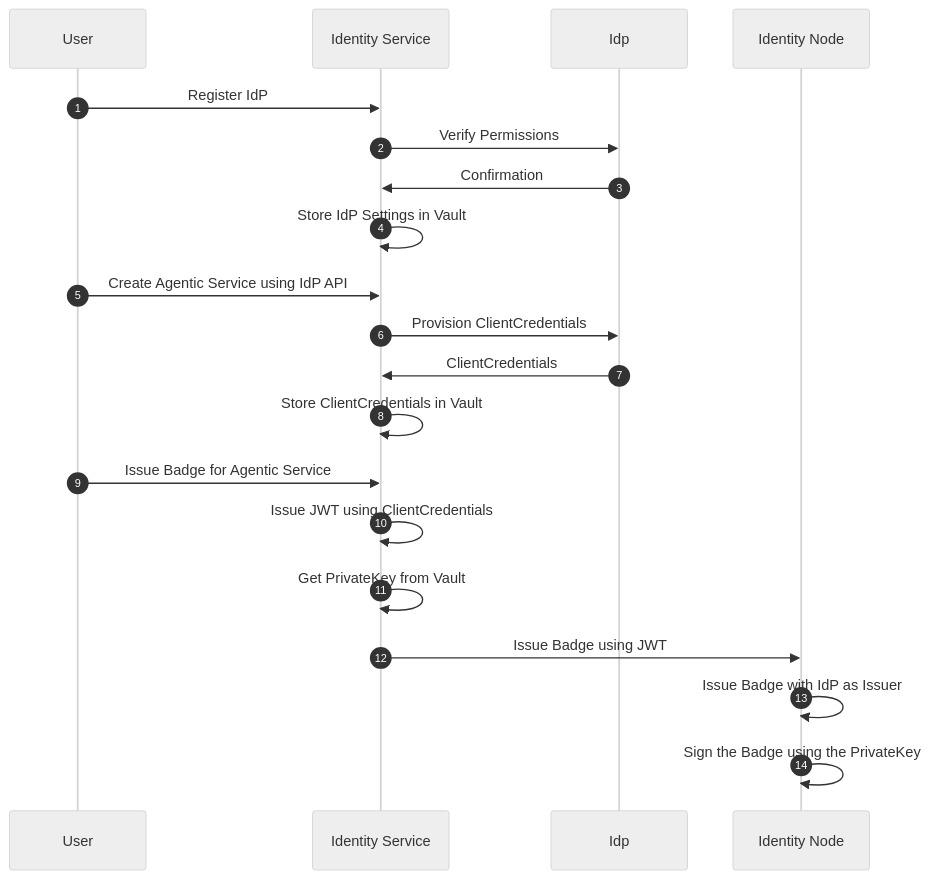
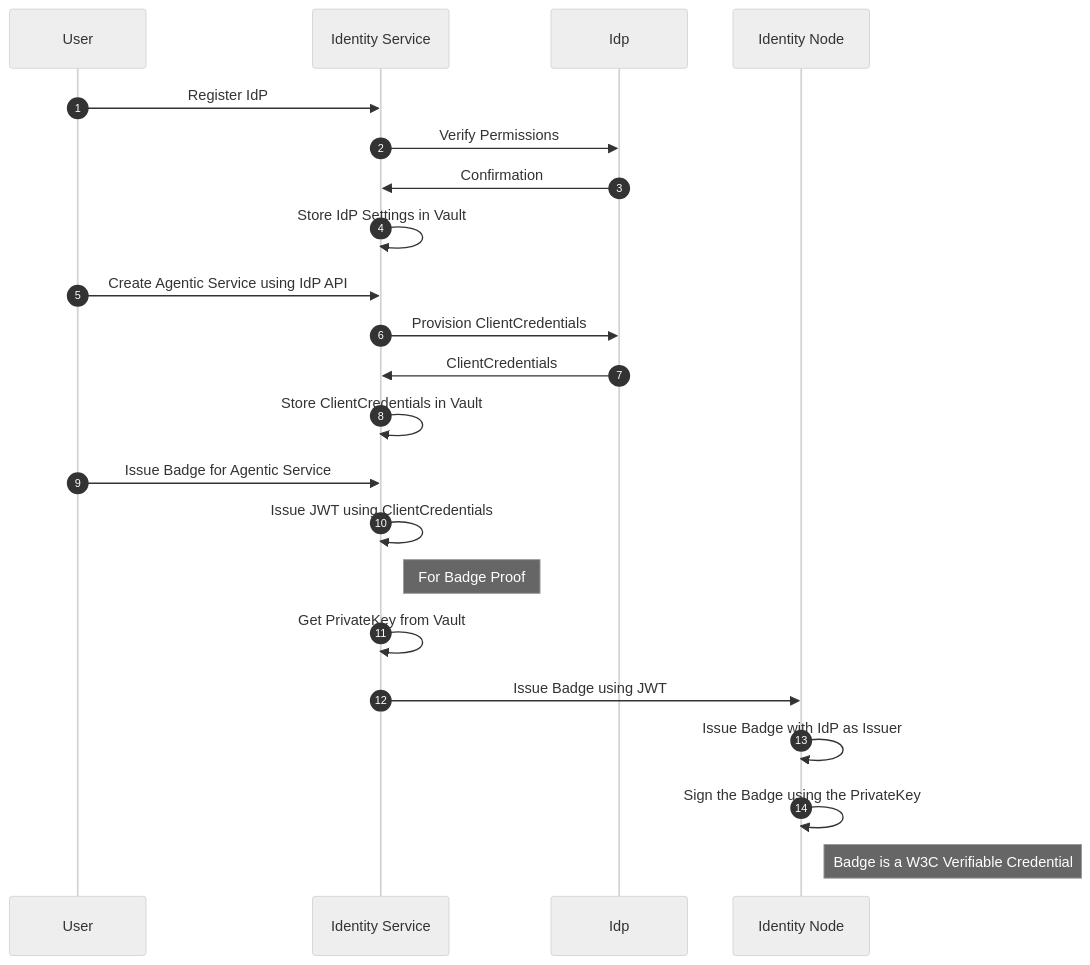
Before and after one commit to agntcy/identity-service: the first of 7 diagrams in docs/contribute/wip/1_DCR/proposal.md, drawn with Mermaid (neutral theme). The commit also changed other lines of this file, not shown here.

````diff
--- a/docs/contribute/wip/1_DCR/proposal.md
+++ b/docs/contribute/wip/1_DCR/proposal.md
@@ -18,19 +20,21 @@
 ```mermaid
 sequenceDiagram
 autonumber
 
 User->>Identity Service: Register IdP
 Identity Service->>Idp: Verify Permissions
 Idp->>Identity Service: Confirmation
 Identity Service->>Identity Service: Store IdP Settings in Vault
 User->>Identity Service: Create Agentic Service using IdP API
 Identity Service->>Idp: Provision ClientCredentials
 Idp->>Identity Service: ClientCredentials
 Identity Service->>Identity Service: Store ClientCredentials in Vault
 User->>Identity Service: Issue Badge for Agentic Service
 Identity Service->>Identity Service: Issue JWT using ClientCredentials
+note right of Identity Service: For Badge Proof
 Identity Service->>Identity Service: Get PrivateKey from Vault
 Identity Service->>Identity Node: Issue Badge using JWT
 Identity Node->>Identity Node: Issue Badge with IdP as Issuer
 Identity Node->>Identity Node: Sign the Badge using the PrivateKey
+note right of Identity Node: Badge is a W3C Verifiable Credential
 ```
````
